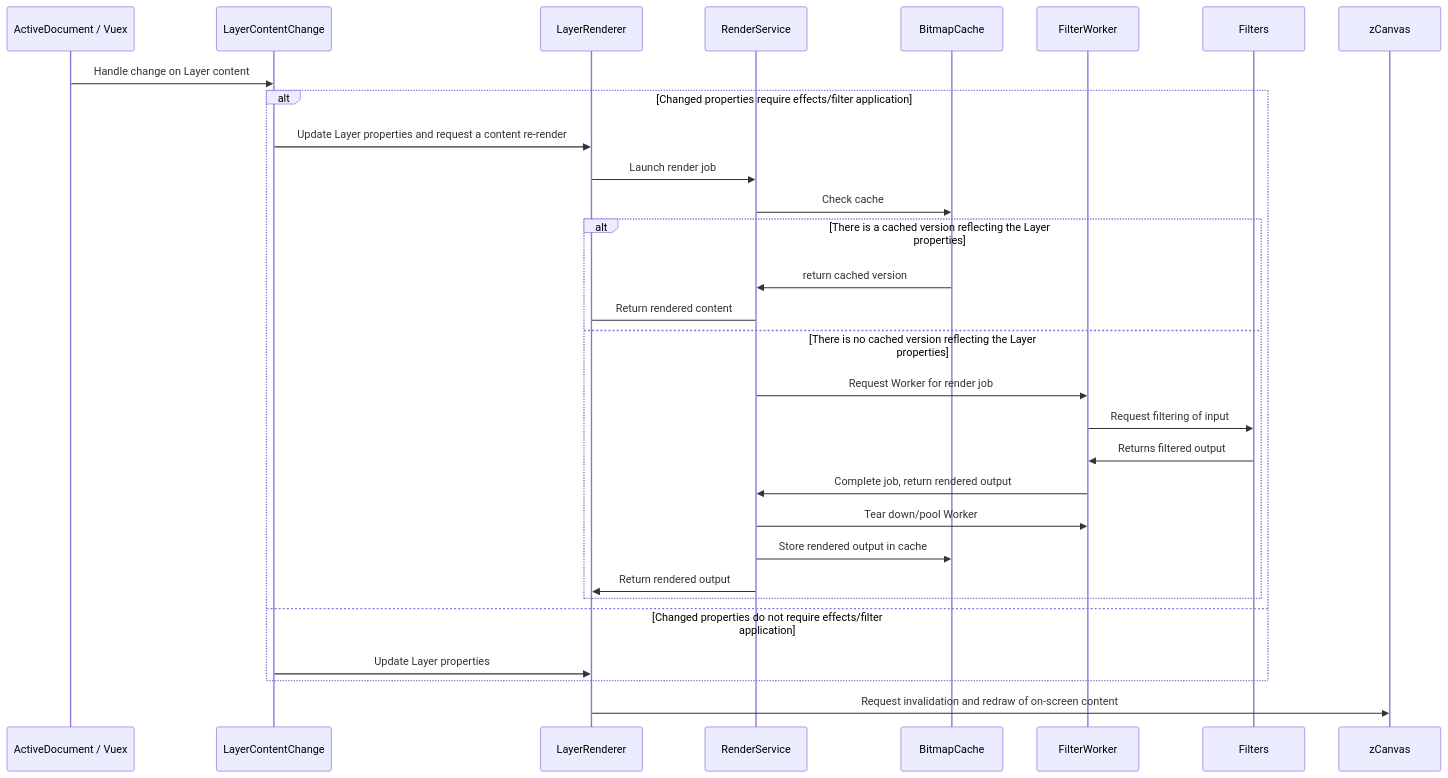
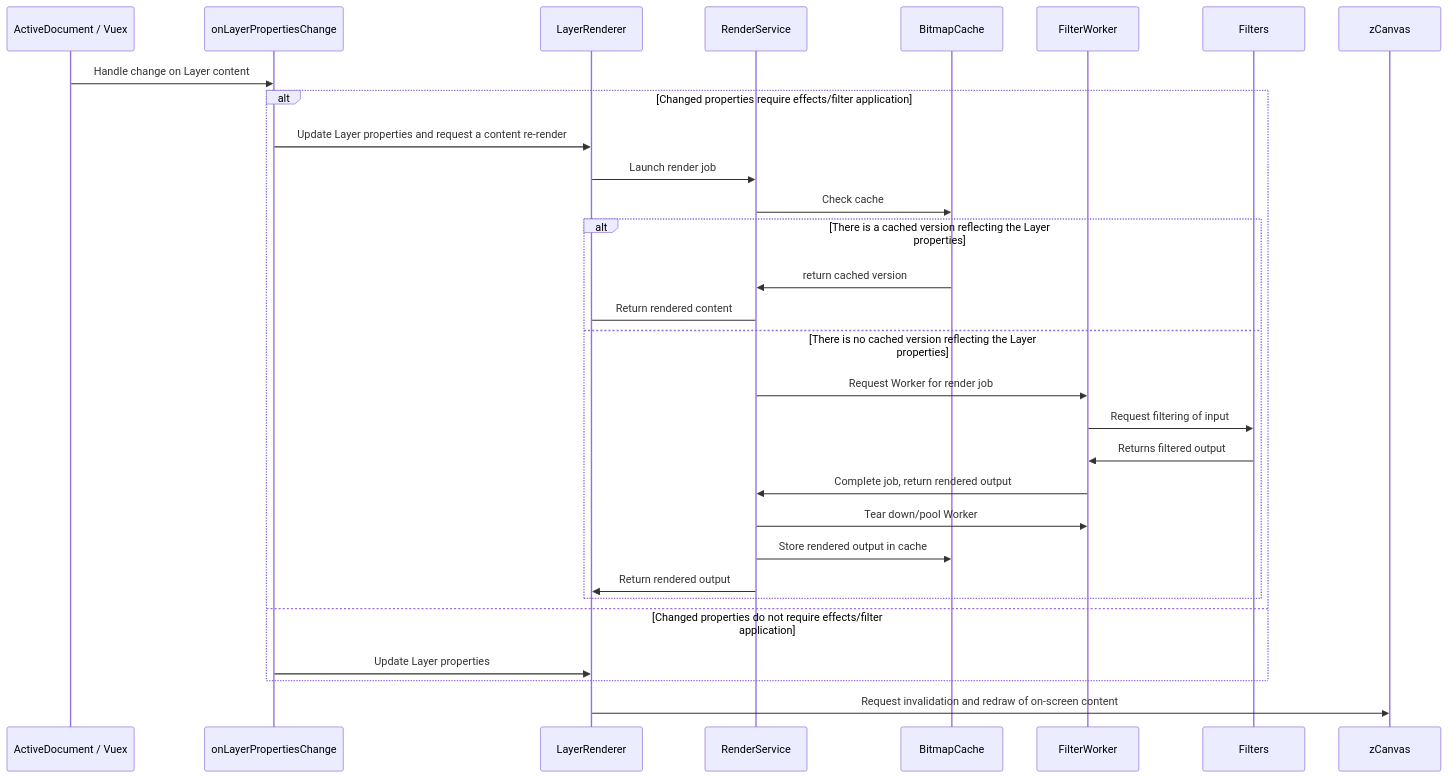
The second of 2 diagrams in README.md (igorski/bitmappery), drawn with Mermaid before and after one commit. The commit also changed other lines of this file and 10 other files, not shown here.

````diff
--- a/README.md
+++ b/README.md
@@ -117,27 +117,27 @@
 ```mermaid
 sequenceDiagram
-    ActiveDocument / Vuex->>LayerContentChange: Handle change on Layer content
+    ActiveDocument / Vuex->>onLayerPropertiesChange: Handle change on Layer content
 
     alt Changed properties require effects/filter application
-        LayerContentChange->>LayerRenderer: Update Layer properties and request a content re-render
+        onLayerPropertiesChange->>LayerRenderer: Update Layer properties and request a content re-render
         LayerRenderer->>RenderService: Launch render job
         RenderService->>BitmapCache: Check cache
 
         alt There is a cached version reflecting the Layer properties
             BitmapCache->>RenderService: return cached version
             RenderService->LayerRenderer: Return rendered content
         else There is no cached version reflecting the Layer properties
             RenderService->>FilterWorker: Request Worker for render job
             FilterWorker->>Filters: Request filtering of input
             Filters->>FilterWorker: Returns filtered output
             FilterWorker->>RenderService: Complete job, return rendered output
             RenderService->>FilterWorker: Tear down/pool Worker
             RenderService->>BitmapCache: Store rendered output in cache
             RenderService->>LayerRenderer: Return rendered output
         end
     else Changed properties do not require effects/filter application
-        LayerContentChange->>LayerRenderer: Update Layer properties
+        onLayerPropertiesChange->>LayerRenderer: Update Layer properties
         end
 
     LayerRenderer->>zCanvas: Request invalidation and redraw of on-screen content
 ```
````
